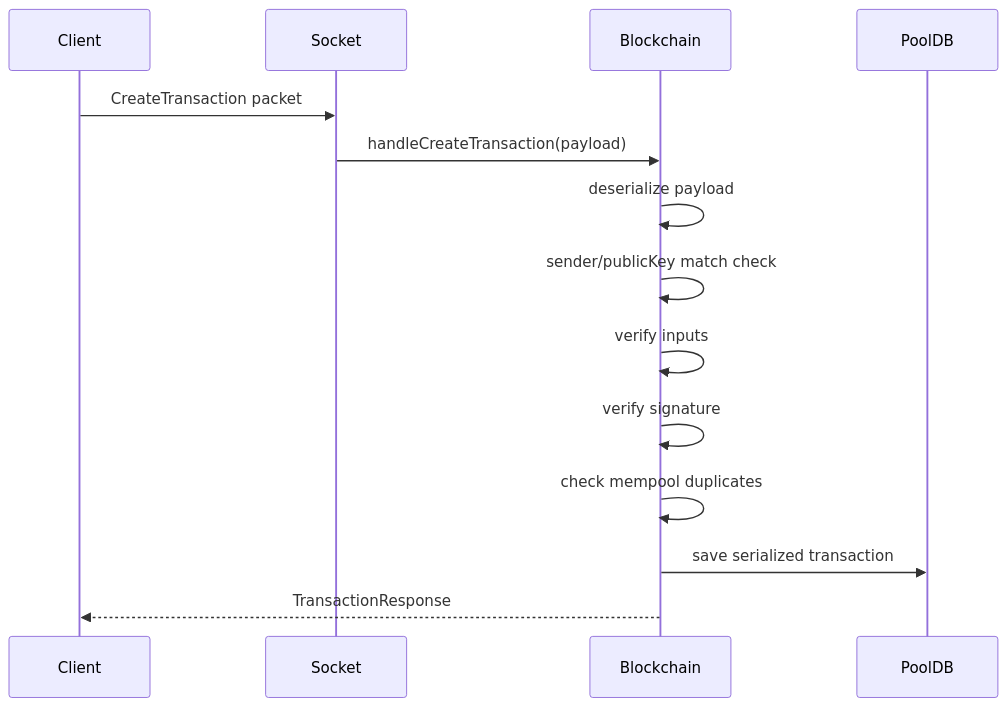
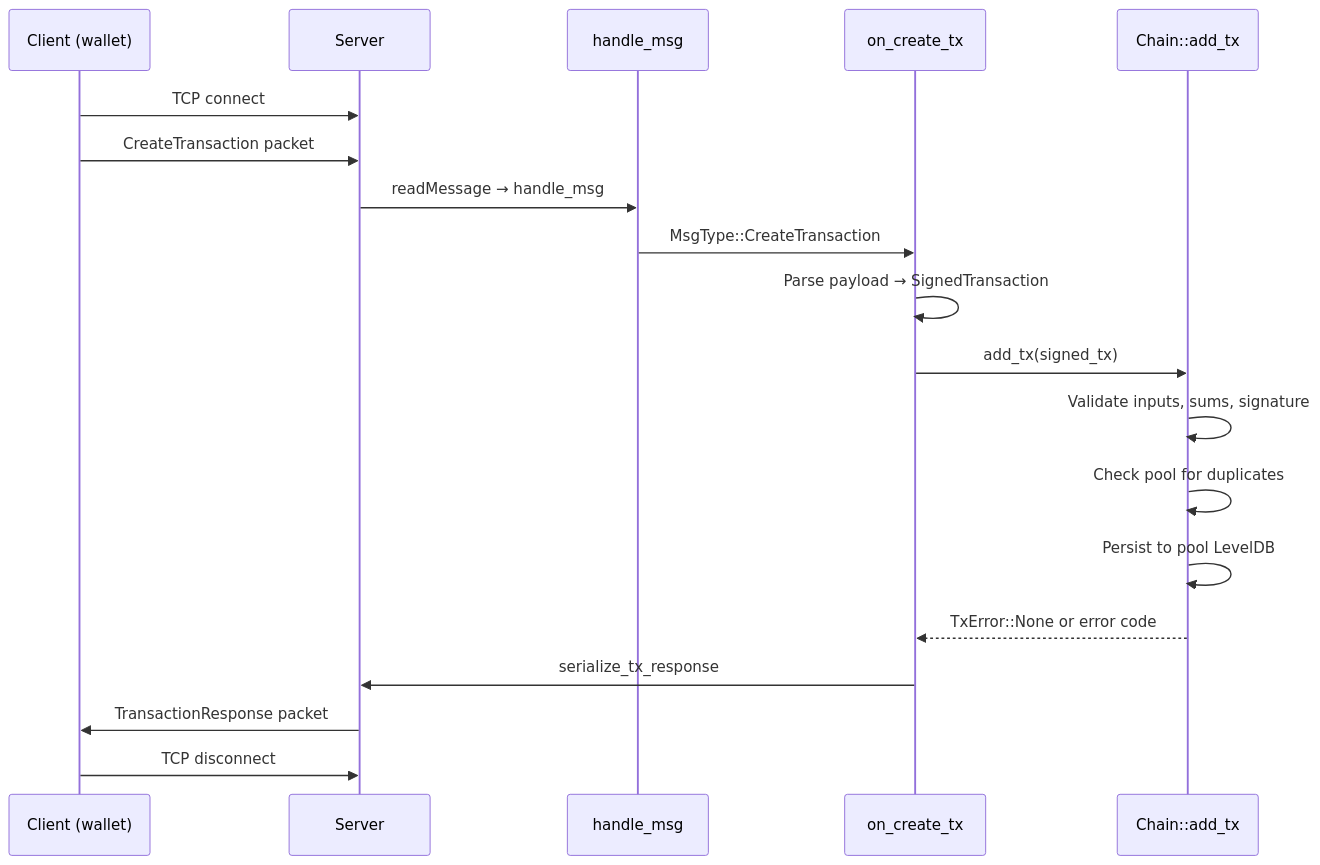
The second of 3 diagrams in docs/architecture.md (shaikali-c/a_blockchain), drawn with Mermaid before and after one commit. The commit also changed other lines of this file and 58 other files, not shown here.

````diff
--- a/docs/architecture.md
+++ b/docs/architecture.md
@@ -191,17 +136,22 @@
 ```mermaid
 sequenceDiagram
-    participant Client
-    participant Socket
-    participant Blockchain
-    participant PoolDB
+    participant C as Client (wallet)
+    participant S as Server
+    participant H as handle_msg
+    participant O as on_create_tx
+    participant N as Chain::add_tx
 
-    Client->>Socket: CreateTransaction packet
-    Socket->>Blockchain: handleCreateTransaction(payload)
-    Blockchain->>Blockchain: deserialize payload
-    Blockchain->>Blockchain: sender/publicKey match check
-    Blockchain->>Blockchain: verify inputs
-    Blockchain->>Blockchain: verify signature
-    Blockchain->>Blockchain: check mempool duplicates
-    Blockchain->>PoolDB: save serialized transaction
-    Blockchain-->>Client: TransactionResponse
+    C->>S: TCP connect
+    C->>S: CreateTransaction packet
+    S->>H: readMessage → handle_msg
+    H->>O: MsgType::CreateTransaction
+    O->>O: Parse payload → SignedTransaction
+    O->>N: add_tx(signed_tx)
+    N->>N: Validate inputs, sums, signature
+    N->>N: Check pool for duplicates
+    N->>N: Persist to pool LevelDB
+    N-->>O: TxError::None or error code
+    O->>S: serialize_tx_response
+    S->>C: TransactionResponse packet
+    C->>S: TCP disconnect
 ```
````
